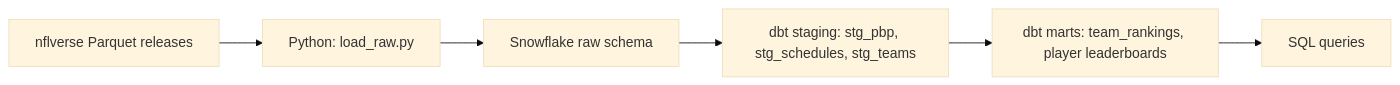
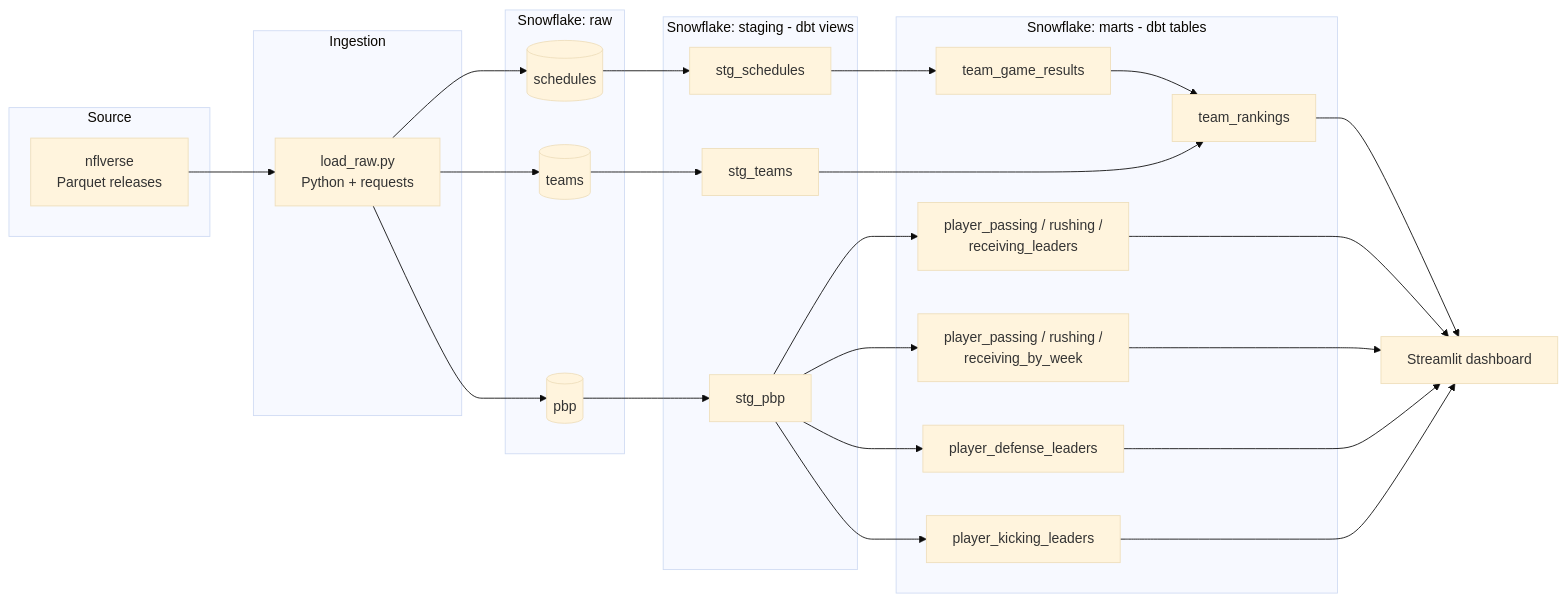
The diagram in README.md (chrisrichnow/nfl-analytics), drawn with Mermaid (base theme) before and after one commit. The commit also changed other lines of this file and 8 other files, not shown here.

First line of the commit message:
Add portfolio visuals: dashboard screenshots, dbt lineage diagram, demo docs

````diff
--- a/README.md
+++ b/README.md
@@ -50,8 +58,42 @@
 ```mermaid
 flowchart LR
-    Source[nflverse Parquet releases] --> Load[Python: load_raw.py]
-    Load --> Raw[Snowflake raw schema]
-    Raw --> Staging[dbt staging: stg_pbp, stg_schedules, stg_teams]
-    Staging --> Marts[dbt marts: team_rankings, player leaderboards]
-    Marts --> Explore[SQL queries]
+    subgraph src[Source]
+        NV[nflverse<br/>Parquet releases]
+    end
+
+    subgraph load[Ingestion]
+        PY[load_raw.py<br/>Python + requests]
+    end
+
+    subgraph raw[Snowflake: raw]
+        RP[(pbp)]
+        RS[(schedules)]
+        RT[(teams)]
+    end
+
+    subgraph stg[Snowflake: staging - dbt views]
+        SP[stg_pbp]
+        SS[stg_schedules]
+        ST[stg_teams]
+    end
+
+    subgraph marts[Snowflake: marts - dbt tables]
+        TGR[team_game_results]
+        TR[team_rankings]
+        PL[player_passing / rushing /<br/>receiving_leaders]
+        PW[player_passing / rushing /<br/>receiving_by_week]
+        PD[player_defense_leaders]
+        PK[player_kicking_leaders]
+    end
+
+    APP[Streamlit dashboard]
+
+    NV --> PY --> RP & RS & RT
+    RP --> SP
+    RS --> SS
+    RT --> ST
+    SS --> TGR --> TR
+    ST --> TR
+    SP --> PL & PW & PD & PK
+    TR & PL & PW & PD & PK --> APP
 ```
````
